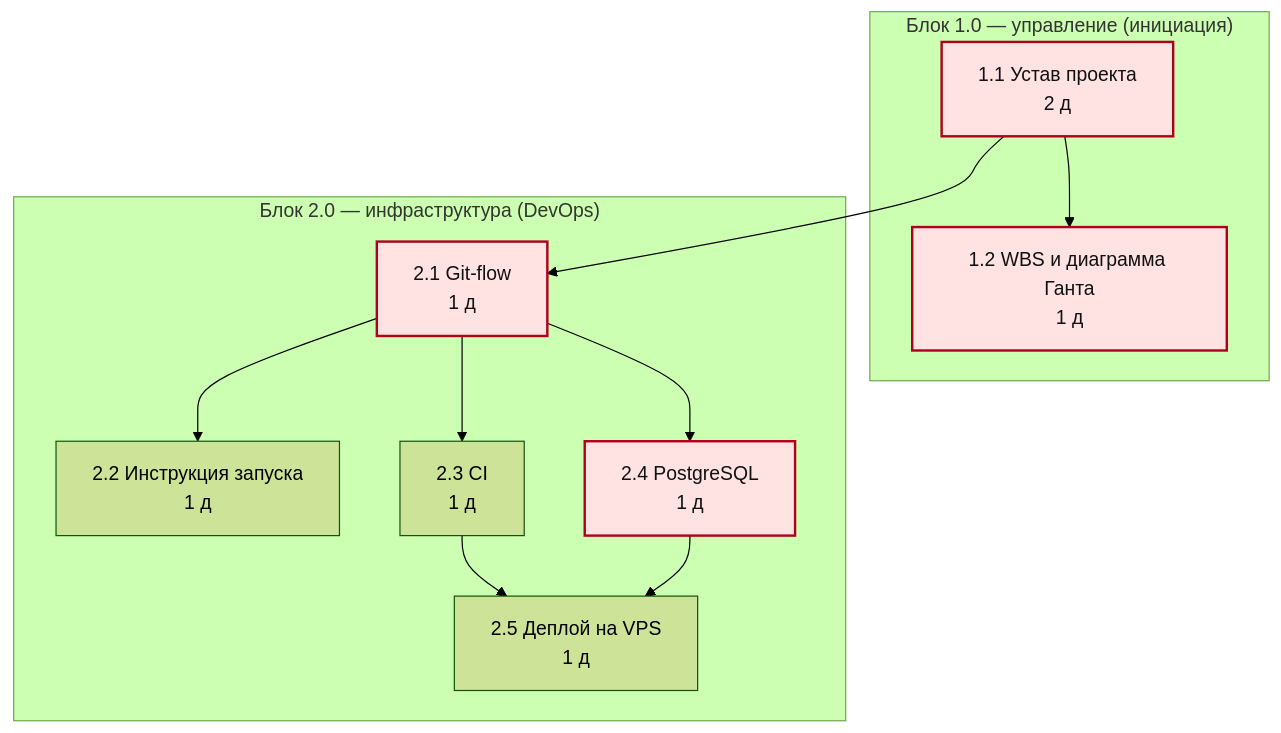
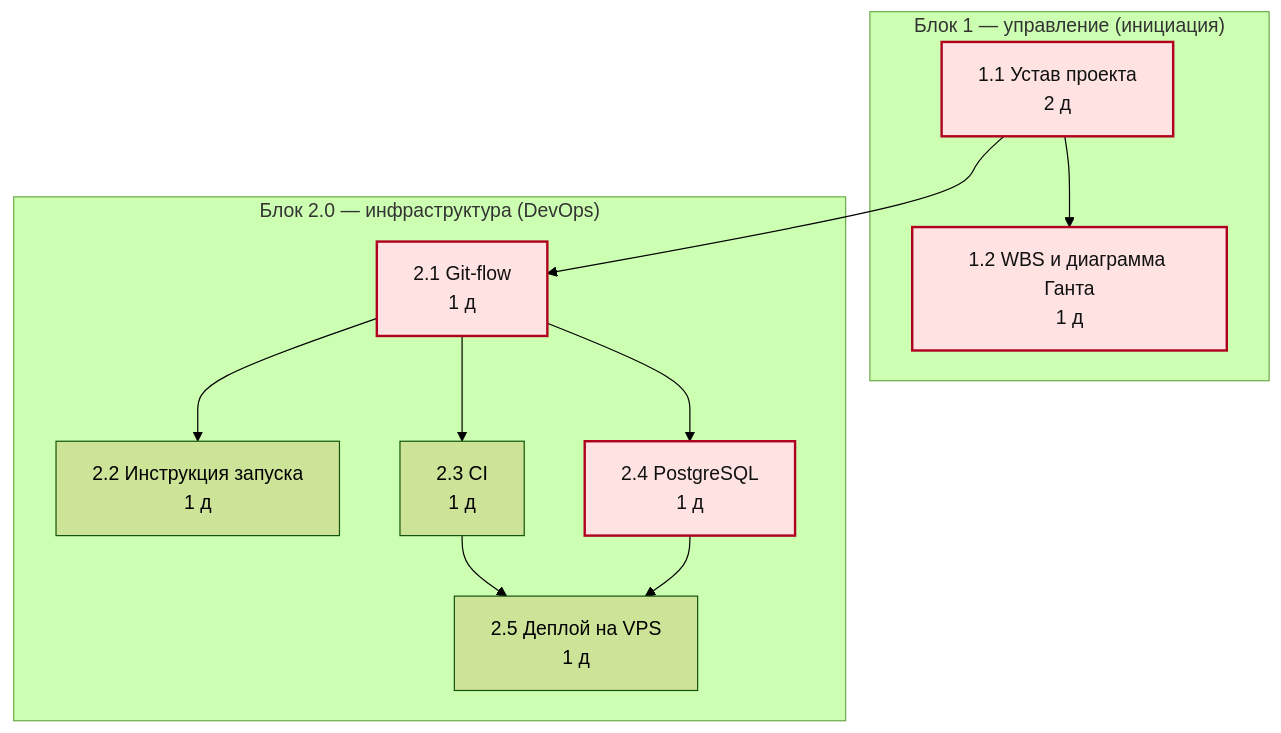
The first of 6 diagrams in docs/labs/lab-06-schedule.md (xlazyone/bileton), drawn with Mermaid (forest theme) before and after one commit. The commit also changed other lines of this file and 1 other file, not shown here.

First line of the commit message:
docs: еженедельные повторяющиеся задачи в диаграмме Ганта (ЛР-6)

````diff
--- a/docs/labs/lab-06-schedule.md
+++ b/docs/labs/lab-06-schedule.md
@@ -119,24 +119,24 @@
 ```mermaid
 flowchart TB
     classDef crit fill:#ffe3e3,stroke:#b00020,stroke-width:2px,color:#111;
     classDef gate fill:#eef4ff,stroke:#3b5bdb,stroke-width:2px,stroke-dasharray: 5 4,color:#111;
-    subgraph tg0["Блок 1.0 — управление (инициация)"]
+    subgraph tg0["Блок 1 — управление (инициация)"]
         t1_1["1.1 Устав проекта<br/>2 д"]
         t1_2["1.2 WBS и диаграмма Ганта<br/>1 д"]
     end
     subgraph tg1["Блок 2.0 — инфраструктура (DevOps)"]
         t2_1["2.1 Git-flow<br/>1 д"]
         t2_2["2.2 Инструкция запуска<br/>1 д"]
         t2_3["2.3 CI<br/>1 д"]
         t2_4["2.4 PostgreSQL<br/>1 д"]
         t2_5["2.5 Деплой на VPS<br/>1 д"]
     end
     t1_1 --> t1_2
     t1_1 --> t2_1
     t2_1 --> t2_2
     t2_1 --> t2_3
     t2_1 --> t2_4
     t2_3 --> t2_5
     t2_4 --> t2_5
     class t1_1,t1_2,t2_1,t2_4 crit;
 ```
````
